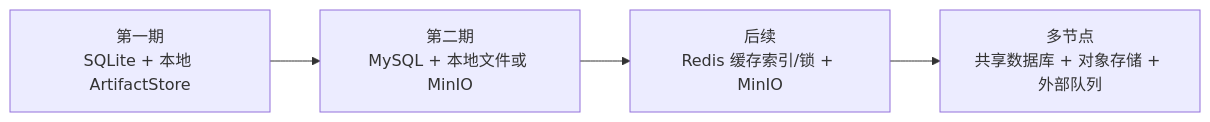
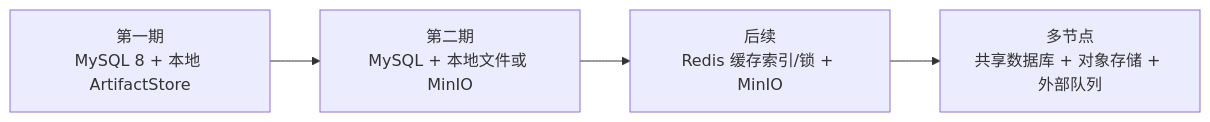
Before and after one commit to lizz0725/RapidDoc: the fifth of 5 diagrams in docs/architecture/rapid-doc-async-job-concurrency-consensus-zh-CN.md, drawn with Mermaid. The commit also changed other lines of this file and 23 other files, not shown here.

````diff
--- a/docs/architecture/rapid-doc-async-job-concurrency-consensus-zh-CN.md
+++ b/docs/architecture/rapid-doc-async-job-concurrency-consensus-zh-CN.md
@@ -866,6 +865,6 @@
 ```mermaid
 flowchart LR
-    A[第一期\nSQLite + 本地 ArtifactStore] --> B[第二期\nMySQL + 本地文件或 MinIO]
+    A[第一期\nMySQL 8 + 本地 ArtifactStore] --> B[第二期\nMySQL + 本地文件或 MinIO]
     B --> C[后续\nRedis 缓存索引/锁 + MinIO]
     C --> D[多节点\n共享数据库 + 对象存储 + 外部队列]
 ```
````
